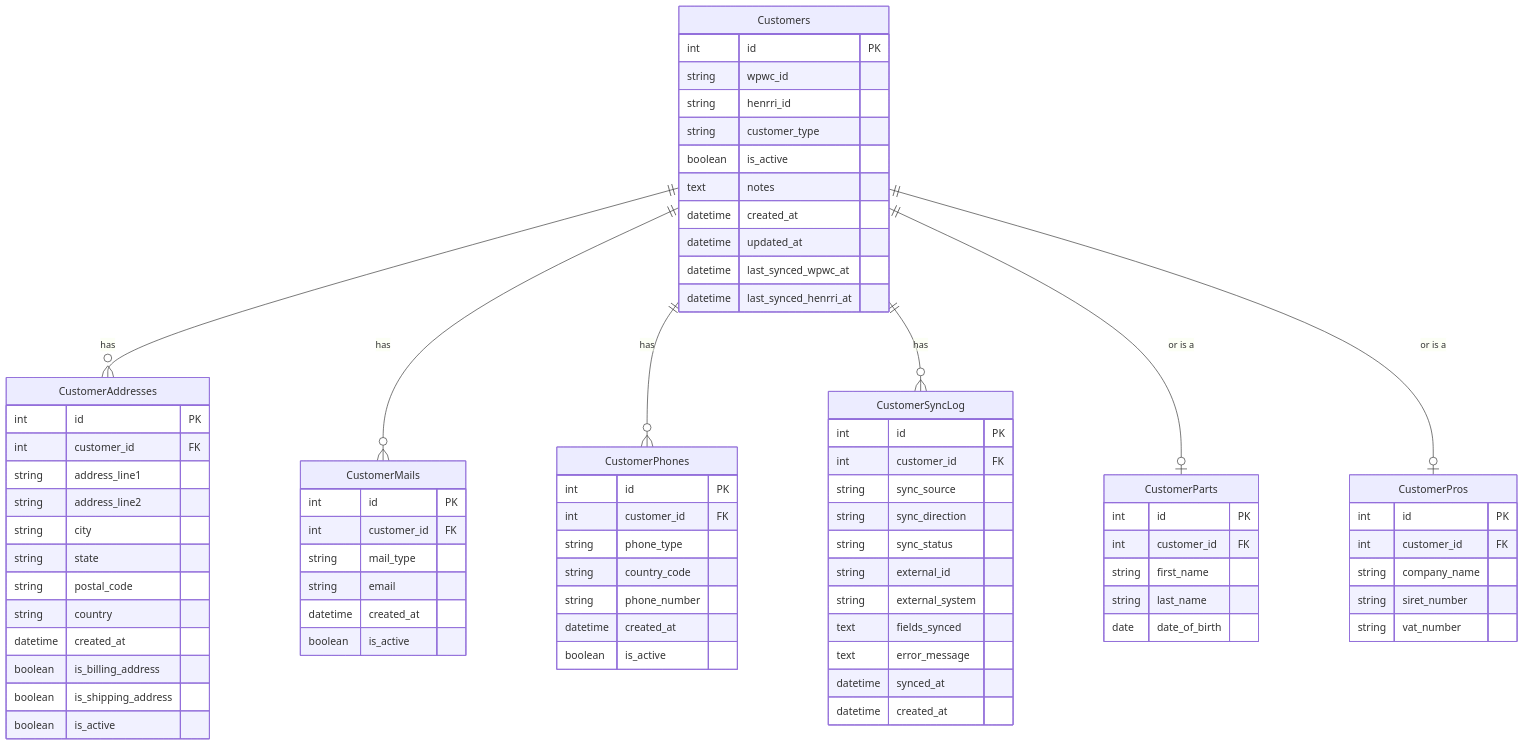
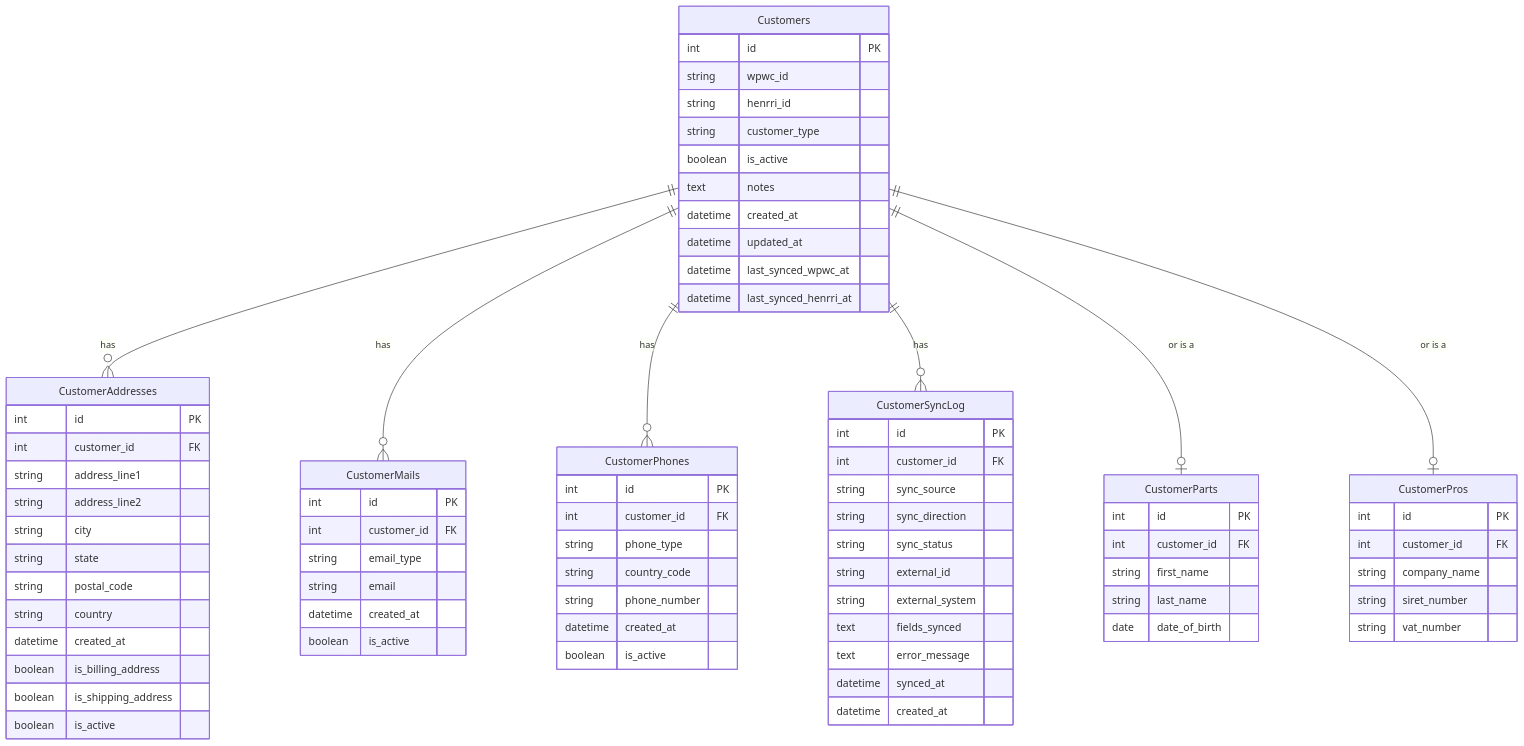
One commit to remiv1/sauvetage changed the diagram in documentations/databases/customers.md. Above: the diagram before and after it, drawn with Mermaid. The commit also changed 29 other files, not shown here.

````diff
--- a/documentations/databases/customers.md
+++ b/documentations/databases/customers.md
@@ -3,81 +3,81 @@
 ```mermaid
 erDiagram
     Customers {
         int id PK
         string wpwc_id
         string henrri_id
         string customer_type
         boolean is_active
         text notes
         datetime created_at
         datetime updated_at
         datetime last_synced_wpwc_at
         datetime last_synced_henrri_at
     }
     CustomerParts {
         int id PK
         int customer_id FK
         string first_name
         string last_name
         date date_of_birth
     }
     CustomerPros {
         int id PK
         int customer_id FK
         string company_name
         string siret_number
         string vat_number
     }
     CustomerAddresses {
         int id PK
         int customer_id FK
         string address_line1
         string address_line2
         string city
         string state
         string postal_code
         string country
         datetime created_at
         boolean is_billing_address
         boolean is_shipping_address
         boolean is_active
     }
     CustomerMails {
         int id PK
         int customer_id FK
-        string mail_type
+        string email_type
         string email
         datetime created_at
         boolean is_active
     }
     CustomerPhones {
         int id PK
         int customer_id FK
         string phone_type
         string country_code
         string phone_number
         datetime created_at
         boolean is_active
     }
     CustomerSyncLog {
         int id PK
         int customer_id FK
         string sync_source
         string sync_direction
         string sync_status
         string external_id
         string external_system
         text fields_synced
         text error_message
         datetime synced_at
         datetime created_at
     }
 
     %% Relations
     Customers ||--o{ CustomerAddresses : "has"
     Customers ||--o{ CustomerMails : "has"
     Customers ||--o{ CustomerPhones : "has"
     Customers ||--o{ CustomerSyncLog : "has"
     Customers ||--o| CustomerParts : "or is a"
     Customers ||--o| CustomerPros : "or is a"
 ```
````
